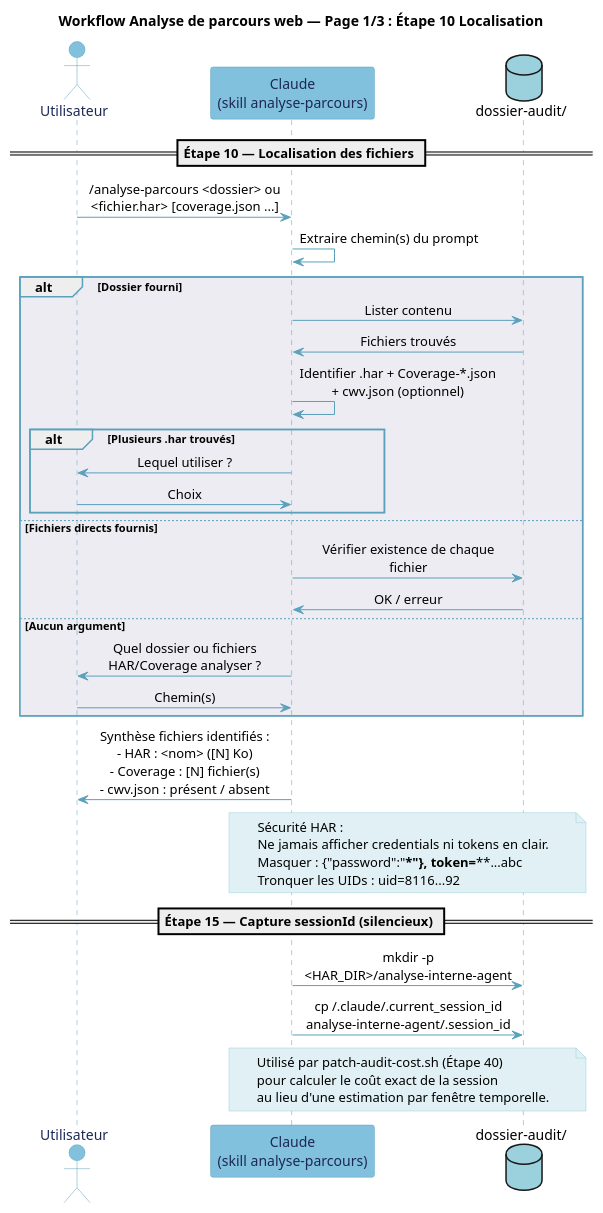
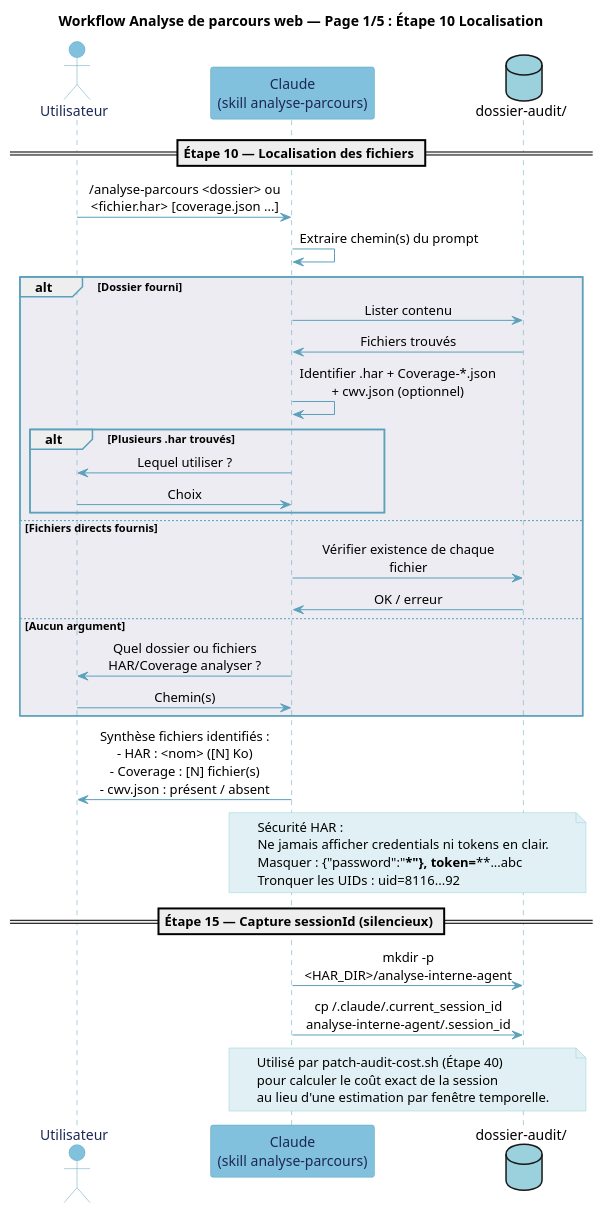
One commit to Boavizta/eroom changed the diagram in documentation/diagramme/analyse-parcours-p1.puml. Above: the diagram before and after it, drawn with PlantUML. The commit also changed 11 other files, not shown here.

First line of the commit message:
docs(diagramme): workflow e-footprint en 5 pages + p4 réécrit à jour

```diff
--- a/documentation/diagramme/analyse-parcours-p1.puml
+++ b/documentation/diagramme/analyse-parcours-p1.puml
@@ -1,70 +1,70 @@
 @startuml analyse-parcours-p1
-title Workflow Analyse de parcours web — Page 1/3 : Étape 10 Localisation
+title Workflow Analyse de parcours web — Page 1/5 : Étape 10 Localisation
 
 skinparam backgroundColor #FFFFFF
 skinparam participant {
   BackgroundColor #E0F0F4
   BorderColor #5BA1BC
   FontColor #1C2856
 }
 skinparam actor {
   BackgroundColor #E0F0F4
   BorderColor #5BA1BC
   FontColor #1C2856
 }
 skinparam ArrowColor #5BA1BC
 skinparam SequenceLifeLineBorderColor #5BA1BC
 skinparam SequenceGroupBodyBackgroundColor #ECECF2
 skinparam SequenceGroupBorderColor #5BA1BC
 skinparam NoteBackgroundColor #E0F0F4
 skinparam NoteBorderColor #9BD0DD
 skinparam sequenceMessageAlign center
 skinparam maxMessageSize 200
 skinparam responseMessageBelowArrow true
 
 actor "Utilisateur" as U #82C1DD
 participant "Claude\n(skill analyse-parcours)" as C #82C1DD
 database "dossier-audit/" as FS #9BD0DD
 
 == Étape 10 — Localisation des fichiers ==
 
 U -> C : /analyse-parcours <dossier> ou <fichier.har> [coverage.json ...]
 C -> C : Extraire chemin(s) du prompt
 
 alt Dossier fourni
   C -> FS : Lister contenu
   FS -> C : Fichiers trouvés
   C -> C : Identifier .har + Coverage-*.json + cwv.json (optionnel)
   alt Plusieurs .har trouvés
     C -> U : Lequel utiliser ?
     U -> C : Choix
   end
 else Fichiers directs fournis
   C -> FS : Vérifier existence de chaque fichier
   FS -> C : OK / erreur
 else Aucun argument
   C -> U : Quel dossier ou fichiers HAR/Coverage analyser ?
   U -> C : Chemin(s)
 end
 
 C -> U : Synthèse fichiers identifiés :\n- HAR : <nom> ([N] Ko)\n- Coverage : [N] fichier(s)\n- cwv.json : présent / absent
 
 note over C, FS
   Sécurité HAR :
   Ne jamais afficher credentials ni tokens en clair.
   Masquer : {"password":"***"}, token=****...abc
   Tronquer les UIDs : uid=8116...92
 end note
 
 == Étape 15 — Capture sessionId (silencieux) ==
 
 C -> FS : mkdir -p <HAR_DIR>/analyse-interne-agent
 C -> FS : cp ~/.claude/.current_session_id\nanalyse-interne-agent/.session_id
 
 note over C, FS
   Utilisé par patch-audit-cost.sh (Étape 40)
   pour calculer le coût exact de la session
   au lieu d'une estimation par fenêtre temporelle.
 end note
 
 @enduml
```
